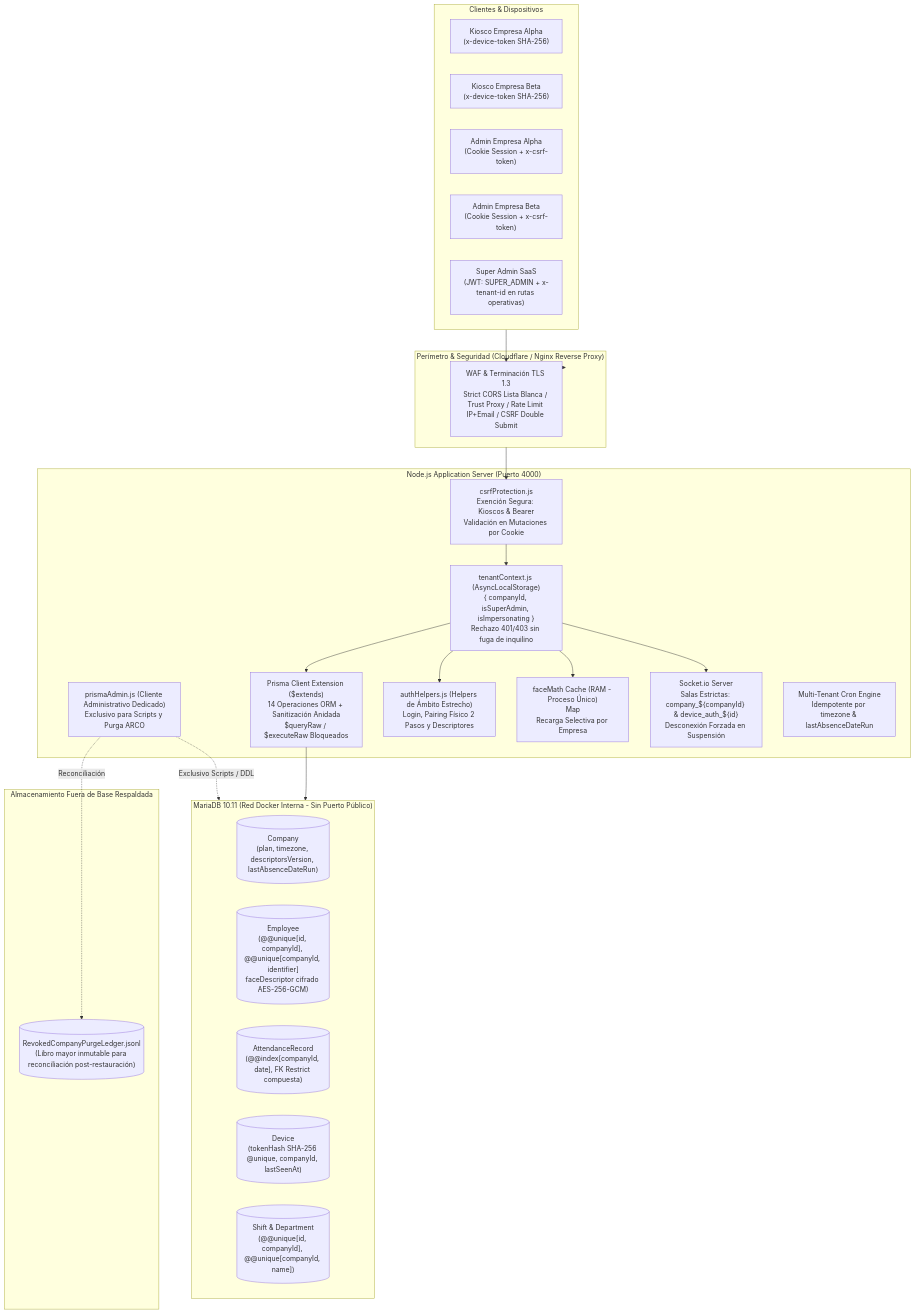
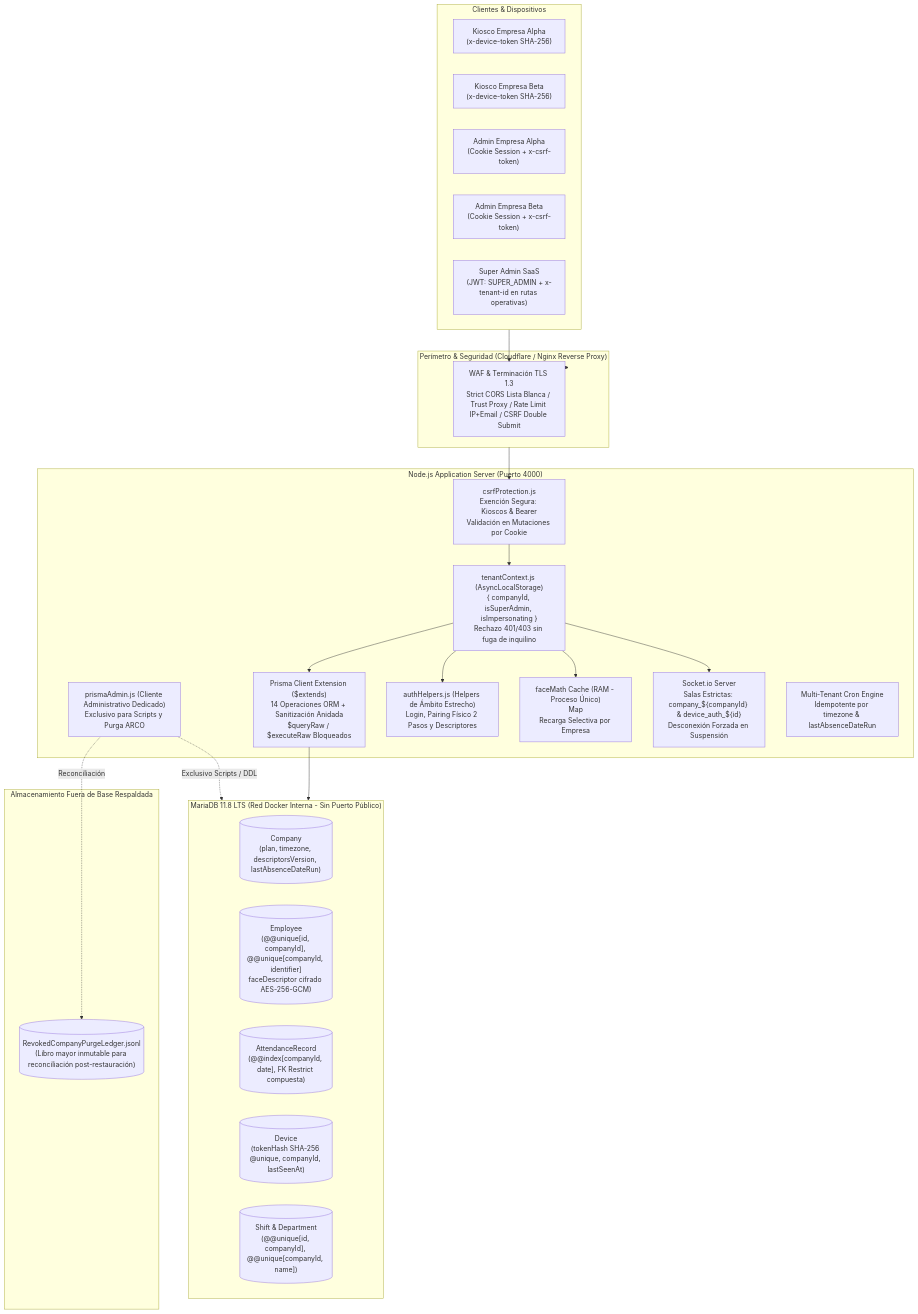
One commit to GabrielAvila5/ReconocimientoFPainProject changed the diagram in docs/saas/saas_multitenant_implementation_plan.md. Above: the diagram before and after it, drawn with Mermaid. The commit also changed other lines of this file, not shown here.

Commit message:
docs(saas): update implementation plan to v3.8 with Gate 5 closure and MariaDB 11.8 LTS

````diff
--- a/docs/saas/saas_multitenant_implementation_plan.md
+++ b/docs/saas/saas_multitenant_implementation_plan.md
@@ -64,45 +64,45 @@
 ```mermaid
 flowchart TB
     subgraph Edge["Perímetro & Seguridad (Cloudflare / Nginx Reverse Proxy)"]
         WAF["WAF & Terminación TLS 1.3\nStrict CORS Lista Blanca / Trust Proxy / Rate Limit IP+Email / CSRF Double Submit"]
     end
 
     subgraph Clientes["Clientes & Dispositivos"]
         K1["Kiosco Empresa Alpha\n(x-device-token SHA-256)"]
         K2["Kiosco Empresa Beta\n(x-device-token SHA-256)"]
         A1["Admin Empresa Alpha\n(Cookie Session + x-csrf-token)"]
         A2["Admin Empresa Beta\n(Cookie Session + x-csrf-token)"]
         SA["Super Admin SaaS\n(JWT: SUPER_ADMIN + x-tenant-id en rutas operativas)"]
     end
 
     subgraph AppServer["Node.js Application Server (Puerto 4000)"]
         CSRF["csrfProtection.js\nExención Segura: Kioscos & Bearer\nValidación en Mutaciones por Cookie"]
         ALS["tenantContext.js (AsyncLocalStorage)\n{ companyId, isSuperAdmin, isImpersonating }\nRechazo 401/403 sin fuga de inquilino"]
         PrismaExt["Prisma Client Extension ($extends)\n14 Operaciones ORM + Sanitización Anidada\n$queryRaw / $executeRaw Bloqueados"]
         PrismaAdmin["prismaAdmin.js (Cliente Administrativo Dedicado)\nExclusivo para Scripts y Purga ARCO"]
         AuthHelpers["authHelpers.js (Helpers de Ámbito Estrecho)\nLogin, Pairing Físico 2 Pasos y Descriptores"]
         FaceRAM["faceMath Cache (RAM - Proceso Único)\nMap<companyId, Float32Array[]>\nRecarga Selectiva por Empresa"]
         WSEngine["Socket.io Server\nSalas Estrictas: company_${companyId} & device_auth_${id}\nDesconexión Forzada en Suspensión"]
         CronEngine["Multi-Tenant Cron Engine\nIdempotente por timezone & lastAbsenceDateRun"]
     end
 
-    subgraph Storage["MariaDB 10.11 (Red Docker Interna - Sin Puerto Público)"]
+    subgraph Storage["MariaDB 11.8 LTS (Red Docker Interna - Sin Puerto Público)"]
         T_Company[("Company\n(plan, timezone, descriptorsVersion, lastAbsenceDateRun)")]
         T_Emp[("Employee\n(@@unique[id, companyId], @@unique[companyId, identifier]\nfaceDescriptor cifrado AES-256-GCM)")]
         T_Att[("AttendanceRecord\n(@@index[companyId, date], FK Restrict compuesta)")]
         T_Dev[("Device\n(tokenHash SHA-256 @unique, companyId, lastSeenAt)")]
         T_Shifts[("Shift & Department\n(@@unique[id, companyId], @@unique[companyId, name])")]
     end
 
     subgraph ExternalLedger["Almacenamiento Fuera de Base Respaldada"]
         LedgerFile[("RevokedCompanyPurgeLedger.jsonl\n(Libro mayor inmutable para reconciliación post-restauración)")]
     end
 
     Clientes --> WAF --> Edge --> CSRF --> ALS
     ALS --> PrismaExt --> Storage
     ALS --> AuthHelpers
     PrismaAdmin -.->|Exclusivo Scripts / DDL| Storage
     PrismaAdmin -.->|Reconciliación| LedgerFile
     ALS --> FaceRAM
     ALS --> WSEngine
 ```
````
